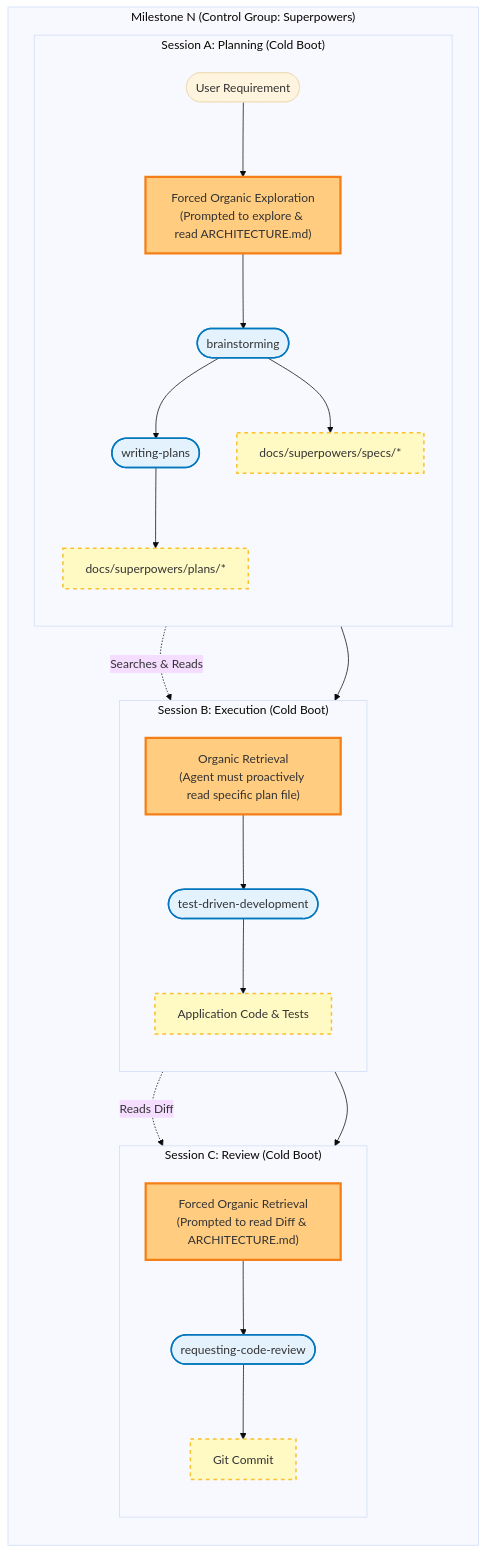
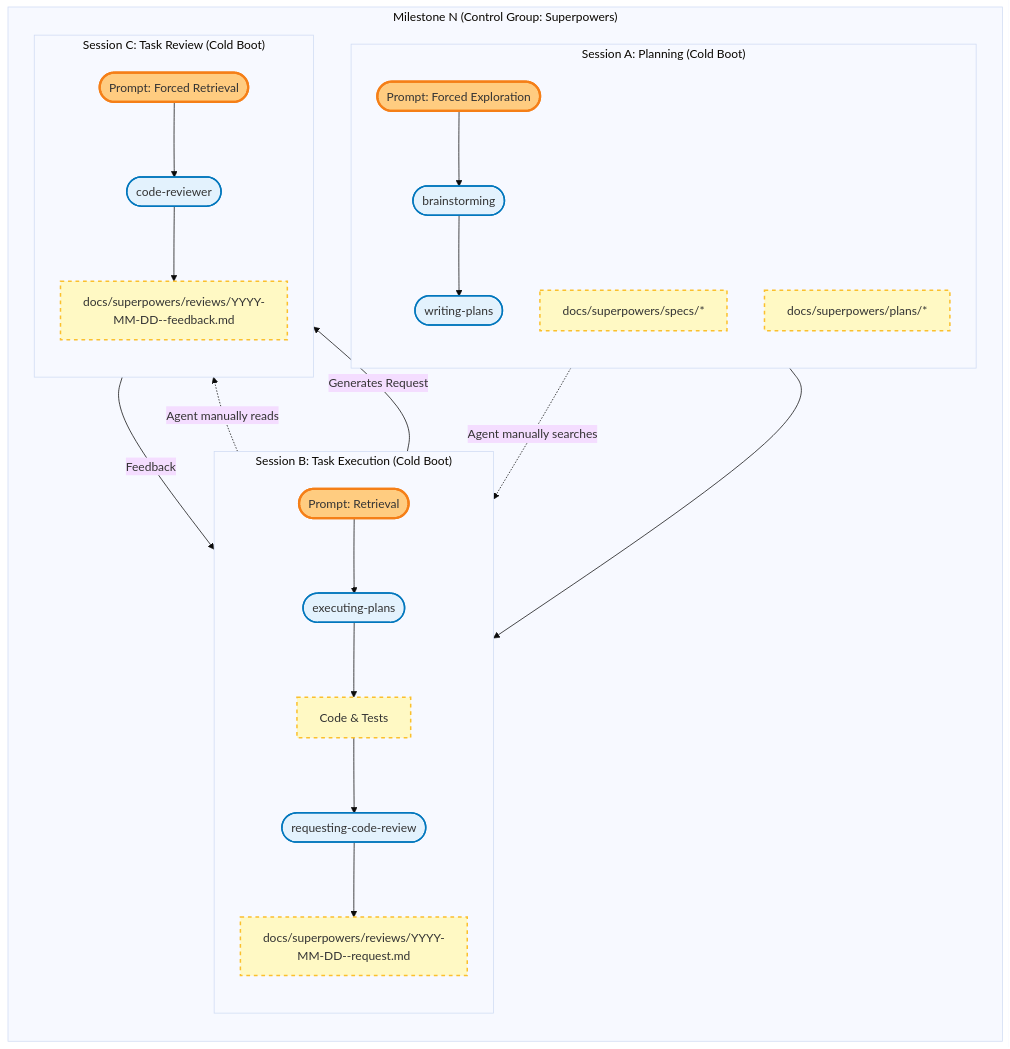
Before and after one commit to coretexthq/coretext: the first of 2 diagrams in experiments/trore-v2/experiments.md, drawn with Mermaid (base theme). The commit also changed other lines of this file and 29 other files, not shown here.

Commit message:
feat: implement CoretextEngine with SQLite-backed graph management and replace legacy experience engine.

````diff
--- a/experiments/trore-v2/experiments.md
+++ b/experiments/trore-v2/experiments.md
@@ -137,54 +139,54 @@
 ```mermaid
 flowchart TB
     classDef session fill:#fce4ec,stroke:#880e4f,stroke-width:2px;
     classDef skill fill:#e3f2fd,stroke:#0277bd,stroke-width:2px;
     classDef artifact fill:#fff9c4,stroke:#fbc02d,stroke-width:2px,stroke-dasharray: 5 5;
     classDef difference fill:#ffcc80,stroke:#f57f17,stroke-width:3px;
 
     subgraph Milestone ["Milestone N (Control Group: Superpowers)"]
         direction TB
 
         subgraph SessionA ["Session A: Planning (Cold Boot)"]
             direction TB
-            InputA([User Requirement])
-            ContextA["Forced Organic Exploration<br/>(Prompted to explore & read ARCHITECTURE.md)"]:::difference
+            InputA([Prompt: Forced Exploration]):::difference
             Skill_Brainstorm([brainstorming]):::skill
             Skill_Plan([writing-plans]):::skill
             
-            InputA --> ContextA
-            ContextA --> Skill_Brainstorm
+            InputA --> Skill_Brainstorm
             Skill_Brainstorm --> Skill_Plan
             
             Art_Spec[docs/superpowers/specs/*]:::artifact
             Art_Plan[docs/superpowers/plans/*]:::artifact
-            
-            Skill_Brainstorm --> Art_Spec
-            Skill_Plan --> Art_Plan
         end
 
-        subgraph SessionB ["Session B: Execution (Cold Boot)"]
+        subgraph SessionB ["Session B: Task Execution (Cold Boot)"]
             direction TB
-            ContextB["Organic Retrieval<br/>(Agent must proactively read specific plan file)"]:::difference
-            Skill_TDD([test-driven-development]):::skill
-            Art_Code[Application Code & Tests]:::artifact
+            InputB([Prompt: Retrieval]):::difference
+            Skill_Exec([executing-plans]):::skill
+            Skill_ReqReview([requesting-code-review]):::skill
+            Art_Code[Code & Tests]:::artifact
+            Art_Handoff[docs/superpowers/reviews/YYYY-MM-DD-<feature-name>-request.md]:::artifact
             
-            Art_Plan -. "Searches & Reads" .-> ContextB
-            ContextB --> Skill_TDD
-            Skill_TDD --> Art_Code
+            Art_Plan -. "Agent manually searches" .-> InputB
+            InputB --> Skill_Exec
+            Skill_Exec --> Art_Code
+            Art_Code --> Skill_ReqReview
+            Skill_ReqReview --> Art_Handoff
         end
 
-        subgraph SessionC ["Session C: Review (Cold Boot)"]
+        subgraph SessionC ["Session C: Task Review (Cold Boot)"]
             direction TB
-            ContextC["Forced Organic Retrieval<br/>(Prompted to read Diff & ARCHITECTURE.md)"]:::difference
-            Skill_Review([requesting-code-review]):::skill
-            Art_Commit[Git Commit]:::artifact
+            InputC([Prompt: Forced Retrieval]):::difference
+            Skill_Review([code-reviewer]):::skill
+            Art_Feedback[docs/superpowers/reviews/YYYY-MM-DD-<feature-name>-feedback.md]:::artifact
             
-            Art_Code -. "Reads Diff" .-> ContextC
-            ContextC --> Skill_Review
-            Skill_Review --> Art_Commit
+            Art_Handoff -. "Agent manually reads" .-> InputC
+            InputC --> Skill_Review
+            Skill_Review --> Art_Feedback
         end
         
         SessionA --> SessionB
-        SessionB --> SessionC
+        SessionB -->|Generates Request| SessionC
+        SessionC -->|Feedback| SessionB
     end
 ```
````
